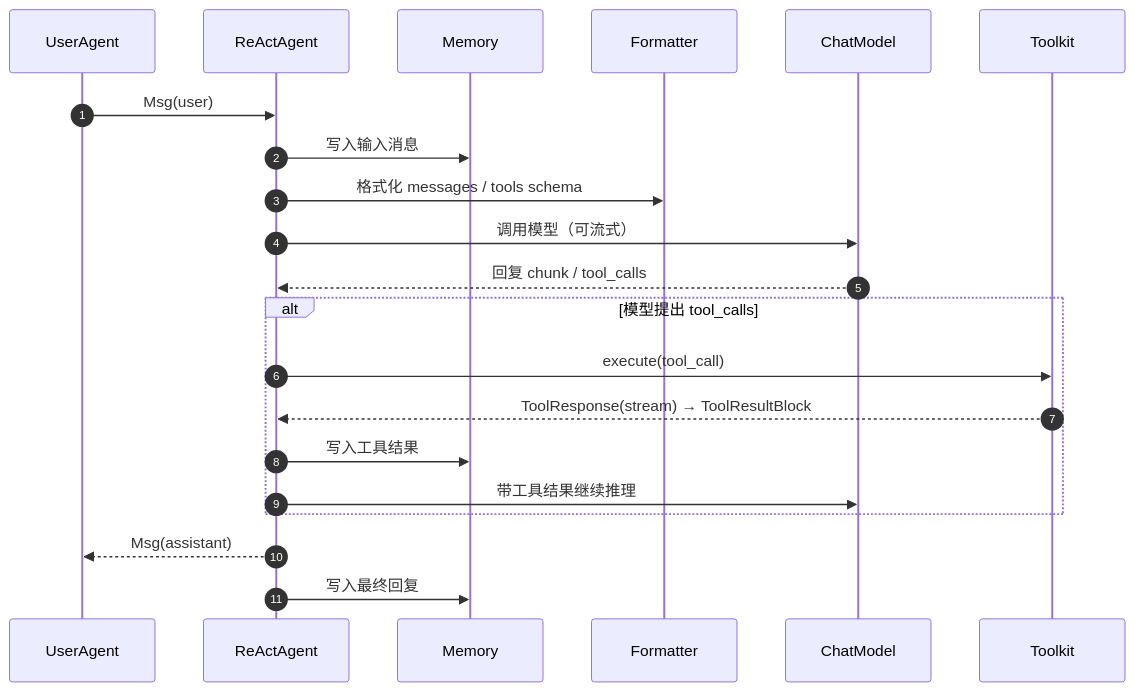
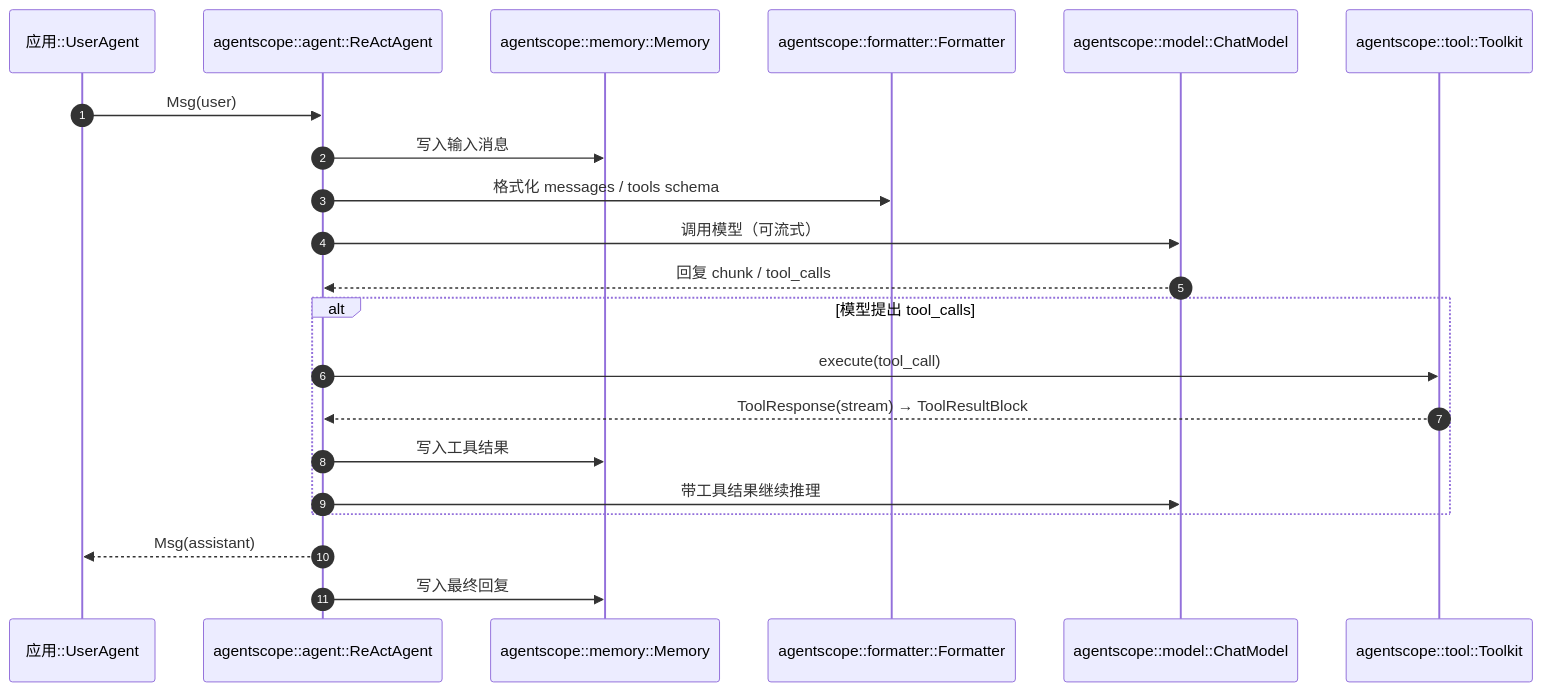
Before and after one commit to a2903214/agentscope-learning: the first of 4 diagrams in docs/agentscope-codebase/00-overall-design/core_module_design.zh-CN.md, drawn with Mermaid. The commit also changed other lines of this file and 8 other files, not shown here.

Commit message:
更新文档：完善整体设计与模块结构分析，增加时序图与模块调用关系图，采用模块::参与者形式标注参与者来源。涉及内容包括 agentscope、agentscope-runtime、agentscope-studio、agentscope-spark-design 和 agentscope-samples 的代码结构与功能描述。

````diff
--- a/docs/agentscope-codebase/00-overall-design/core_module_design.zh-CN.md
+++ b/docs/agentscope-codebase/00-overall-design/core_module_design.zh-CN.md
@@ -25,24 +27,24 @@
 ```mermaid
 sequenceDiagram
   autonumber
-  participant U as UserAgent
-  participant A as ReActAgent
-  participant Mem as Memory
-  participant F as Formatter
-  participant Model as ChatModel
-  participant TK as Toolkit
+  participant U as 应用::UserAgent
+  participant A as agentscope::agent::ReActAgent
+  participant Mem as agentscope::memory::Memory
+  participant F as agentscope::formatter::Formatter
+  participant Model as agentscope::model::ChatModel
+  participant TK as agentscope::tool::Toolkit
 
   U->>A: Msg(user)
   A->>Mem: 写入输入消息
   A->>F: 格式化 messages / tools schema
   A->>Model: 调用模型（可流式）
   Model-->>A: 回复 chunk / tool_calls
   alt 模型提出 tool_calls
     A->>TK: execute(tool_call)
     TK-->>A: ToolResponse(stream) → ToolResultBlock
     A->>Mem: 写入工具结果
     A->>Model: 带工具结果继续推理
   end
   A-->>U: Msg(assistant)
   A->>Mem: 写入最终回复
 ```
````
